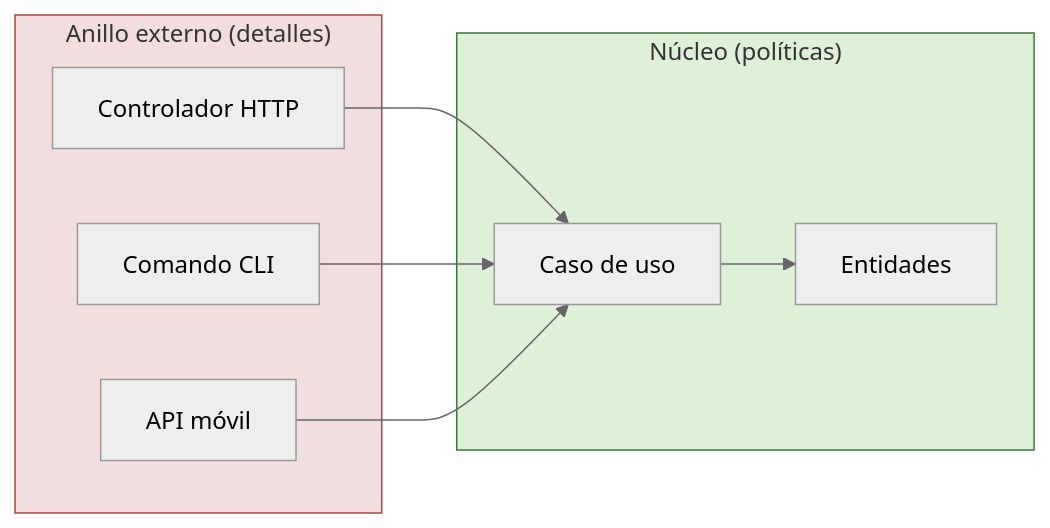
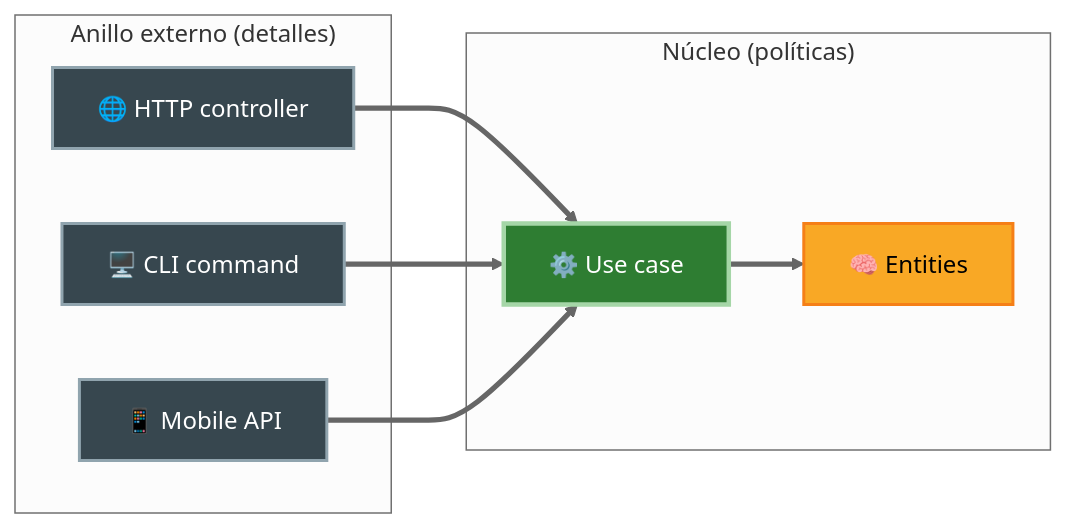
One commit to JavierMachucaA/clean-architecture-guia changed the second of 2 diagrams in 11-detalles-aplazables/02-la-web-es-un-detalle.md. Above: the diagram before and after it, drawn with Mermaid (neutral theme). The commit also changed other lines of this file and 45 other files, not shown here.

````diff
--- a/11-detalles-aplazables/02-la-web-es-un-detalle.md
+++ b/11-detalles-aplazables/02-la-web-es-un-detalle.md
@@ -37,18 +35,21 @@
 ```mermaid
 flowchart LR
     subgraph EXT["Anillo externo (detalles)"]
-      WEB["Controlador HTTP"]
-      CLI["Comando CLI"]
-      MOBILE["API móvil"]
+      WEB["🌐 HTTP controller"]
+      CLI["🖥️ CLI command"]
+      MOBILE["📱 Mobile API"]
     end
     subgraph CORE["Núcleo (políticas)"]
-      UC["Caso de uso"]
-      ENT["Entidades"]
+      UC["⚙️ Use case"]
+      ENT["🧠 Entities"]
     end
-    WEB --> UC
-    CLI --> UC
-    MOBILE --> UC
-    UC --> ENT
-    style CORE fill:#dff0d8,stroke:#3c763d
-    style EXT fill:#f2dede,stroke:#a94442
+    WEB ==> UC
+    CLI ==> UC
+    MOBILE ==> UC
+    UC ==> ENT
+    style WEB fill:#37474f,stroke:#90a4ae,color:#fff,stroke-width:2px
+    style CLI fill:#37474f,stroke:#90a4ae,color:#fff,stroke-width:2px
+    style MOBILE fill:#37474f,stroke:#90a4ae,color:#fff,stroke-width:2px
+    style UC fill:#2e7d32,stroke:#a5d6a7,color:#fff,stroke-width:3px
+    style ENT fill:#f9a825,stroke:#f57f17,color:#000,stroke-width:2px
 ```
````
